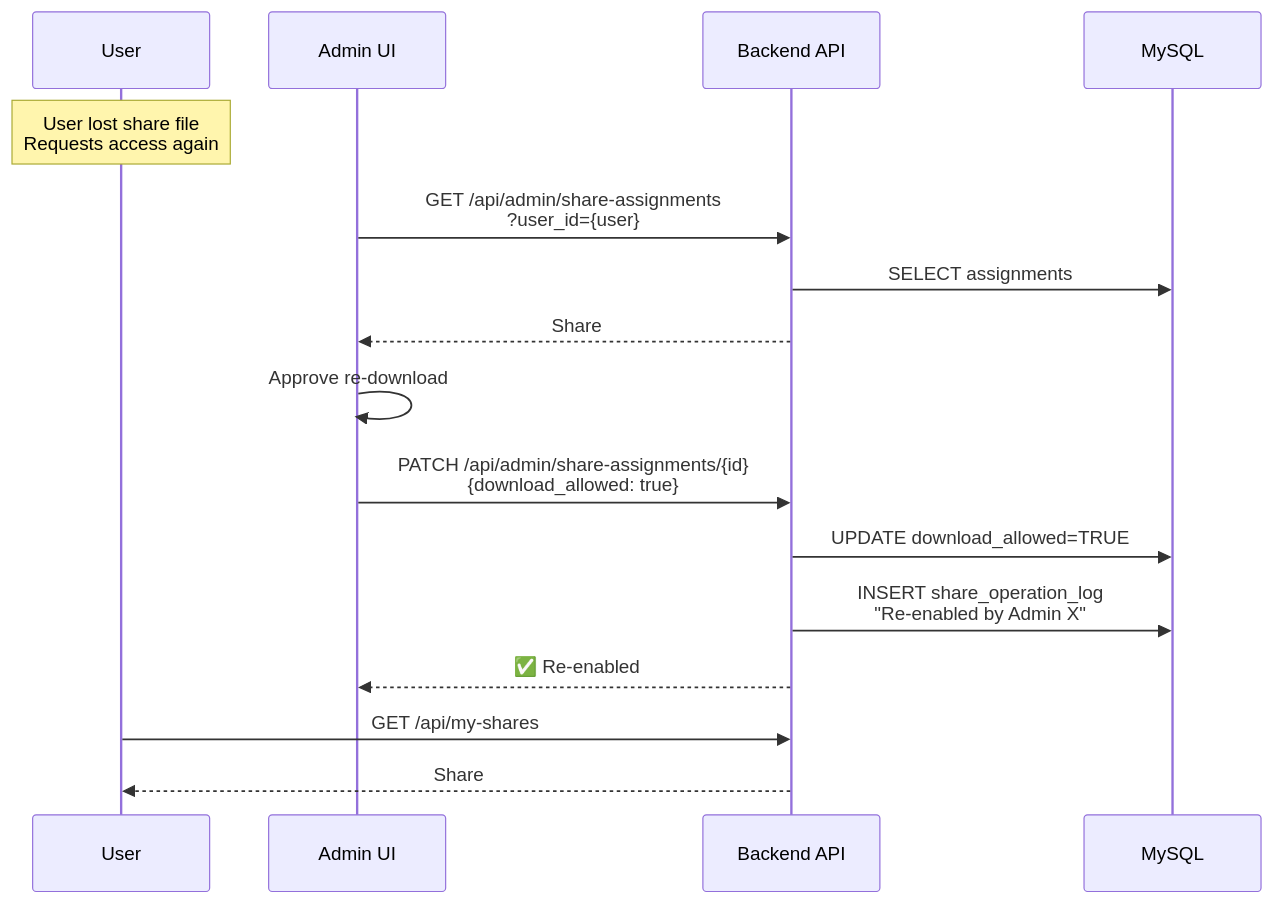
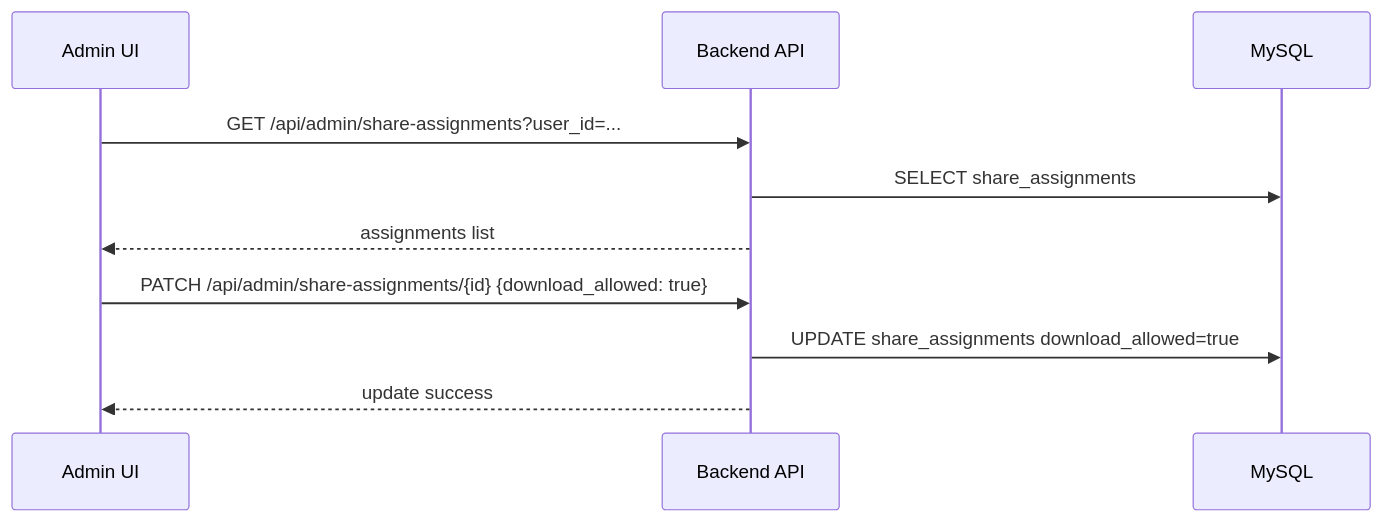
One commit to commentors-net/Aegis-Mint changed the fifth of 5 diagrams in SHARE-MANAGEMENT-FLOW-FULL-IMPLEMENTATION.md. Above: the diagram before and after it, drawn with Mermaid. The commit also changed other lines of this file and 5 other files, not shown here.

````diff
--- a/SHARE-MANAGEMENT-FLOW-FULL-IMPLEMENTATION.md
+++ b/SHARE-MANAGEMENT-FLOW-FULL-IMPLEMENTATION.md
@@ -274,23 +168,14 @@
 ```mermaid
 sequenceDiagram
-    participant User as User
     participant Admin as Admin UI
     participant API as Backend API
     participant DB as MySQL
     
-    Note over User: User lost share file<br/>Requests access again
+    Admin->>API: GET /api/admin/share-assignments?user_id=...
+    API->>DB: SELECT share_assignments
+    API-->>Admin: assignments list
     
-    Admin->>API: GET /api/admin/share-assignments<br/>?user_id={user}
-    API->>DB: SELECT assignments
-    API-->>Admin: Share #2: download_allowed=FALSE<br/>Downloaded 1x on 2026-01-20
-    
-    Admin->>Admin: Approve re-download
-    
-    Admin->>API: PATCH /api/admin/share-assignments/{id}<br/>{download_allowed: true}
-    API->>DB: UPDATE download_allowed=TRUE
-    API->>DB: INSERT share_operation_log<br/>"Re-enabled by Admin X"
-    API-->>Admin: ✅ Re-enabled
-    
-    User->>API: GET /api/my-shares
-    API-->>User: Share #2: ✅ Available
+    Admin->>API: PATCH /api/admin/share-assignments/{id} {download_allowed: true}
+    API->>DB: UPDATE share_assignments download_allowed=true
+    API-->>Admin: update success
 ```
````
